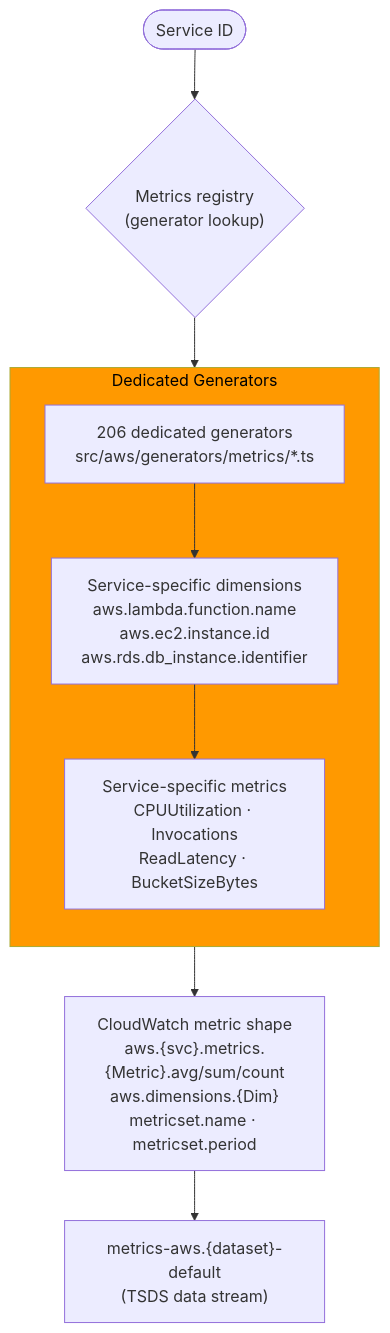
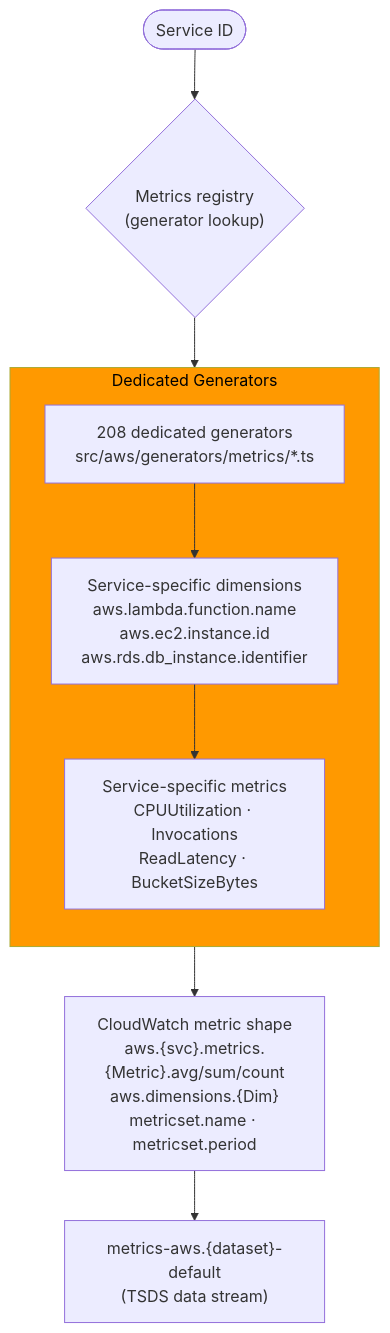
One commit to rkernutt/cloud-to-elastic-load-generator changed the tenth of 14 diagrams in docs/diagrams.md. Above: the diagram before and after it, drawn with Mermaid. The commit also changed other lines of this file and 5 other files, not shown here.

````diff
--- a/docs/diagrams.md
+++ b/docs/diagrams.md
@@ -587,21 +587,21 @@
 ```mermaid
 flowchart TD
     SVC(["Service ID"]) --> CHECK{"Metrics registry\n(generator lookup)"}
 
     CHECK --> DED
 
     subgraph DED["Dedicated Generators"]
         direction TB
-        D1["206 dedicated generators\nsrc/aws/generators/metrics/*.ts"]
+        D1["208 dedicated generators\nsrc/aws/generators/metrics/*.ts"]
         D2["Service-specific dimensions\naws.lambda.function.name\naws.ec2.instance.id\naws.rds.db_instance.identifier"]
         D3["Service-specific metrics\nCPUUtilization · Invocations\nReadLatency · BucketSizeBytes"]
         D1 --> D2 --> D3
     end
 
     DED --> SHAPE
 
     SHAPE["CloudWatch metric shape\naws.{svc}.metrics.{Metric}.avg/sum/count\naws.dimensions.{Dim}\nmetricset.name · metricset.period"]
     SHAPE --> IDX["metrics-aws.{dataset}-default\n(TSDS data stream)"]
 
     style DED fill:#FF9900,color:#000
 ```
````
